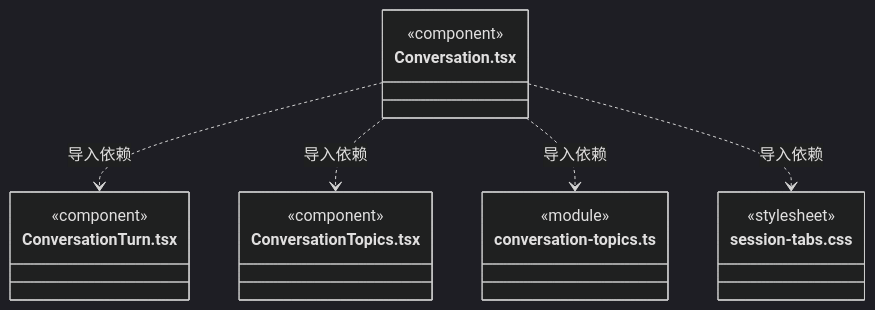
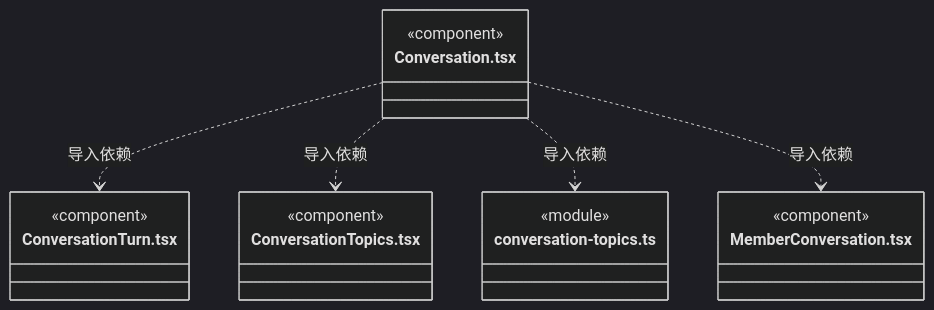
Diagram 40 of 50 in src/view/conversation/ARCHITECTURE.md (nan023062/cbim), drawn with Mermaid (dark theme) before and after one commit. The commit also changed other lines of this file and 24 other files, not shown here.

````diff
--- a/src/view/conversation/ARCHITECTURE.md
+++ b/src/view/conversation/ARCHITECTURE.md
@@ -519,22 +563,22 @@
 ```mermaid
 classDiagram
 class N_src_view_conversation_Conversation_tsx["Conversation.tsx"] {
   <<component>>
 }
 class N_src_view_conversation_ConversationTurn_tsx["ConversationTurn.tsx"] {
   <<component>>
 }
 class N_src_view_conversation_ConversationTopics_tsx["ConversationTopics.tsx"] {
   <<component>>
 }
 class N_src_view_conversation_conversation_topics_ts["conversation-topics.ts"] {
   <<module>>
 }
-class N_src_view_conversation_session_tabs_css["session-tabs.css"] {
-  <<stylesheet>>
+class N_src_view_conversation_MemberConversation_tsx["MemberConversation.tsx"] {
+  <<component>>
 }
 N_src_view_conversation_Conversation_tsx ..> N_src_view_conversation_ConversationTurn_tsx : 导入依赖
 N_src_view_conversation_Conversation_tsx ..> N_src_view_conversation_ConversationTopics_tsx : 导入依赖
 N_src_view_conversation_Conversation_tsx ..> N_src_view_conversation_conversation_topics_ts : 导入依赖
-N_src_view_conversation_Conversation_tsx ..> N_src_view_conversation_session_tabs_css : 导入依赖
+N_src_view_conversation_Conversation_tsx ..> N_src_view_conversation_MemberConversation_tsx : 导入依赖
 ```
````
